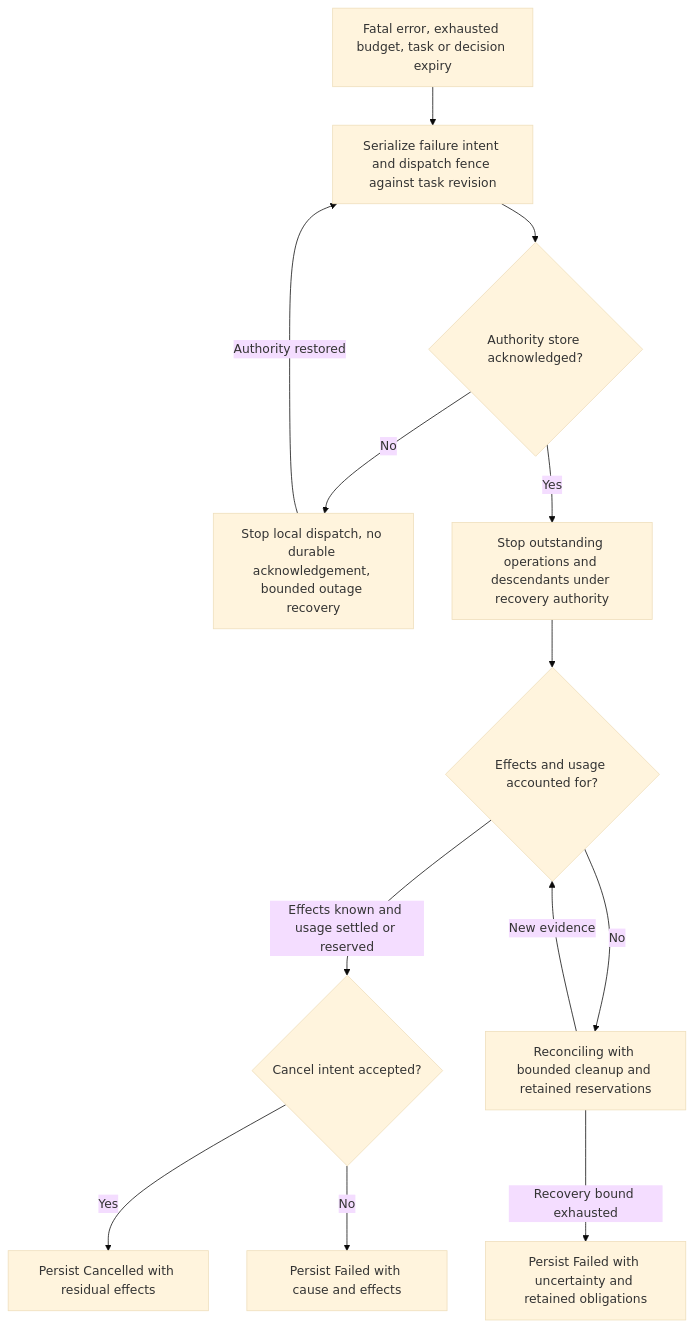
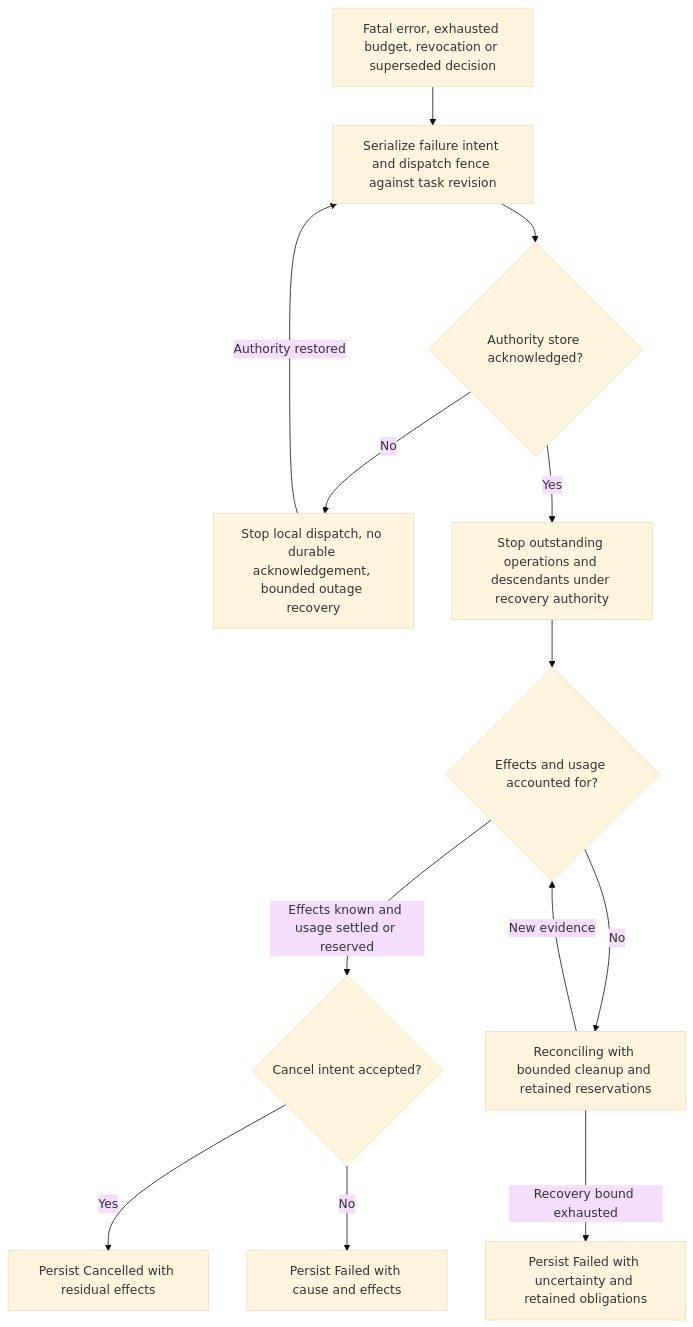
The fourth of 13 diagrams in docs/designs/core-harness-brief.md (pidster/asura), drawn with Mermaid (base theme) before and after one commit. The commit also changed other lines of this file and 80 other files, not shown here.

````diff
--- a/docs/designs/core-harness-brief.md
+++ b/docs/designs/core-harness-brief.md
@@ -186,15 +194,15 @@
 ```mermaid
 flowchart TD
-    Trigger["Fatal error, exhausted budget, task or decision expiry"] --> Fence["Serialize failure intent and dispatch fence against task revision"]
+    Trigger["Fatal error, exhausted budget, revocation or superseded decision"] --> Fence["Serialize failure intent and dispatch fence against task revision"]
     Fence --> Durable{"Authority store acknowledged?"}
     Durable -->|No| Outage["Stop local dispatch, no durable acknowledgement, bounded outage recovery"]
     Outage -->|Authority restored| Fence
     Durable -->|Yes| Stop["Stop outstanding operations and descendants under recovery authority"]
     Stop --> Known{"Effects and usage accounted for?"}
     Known -->|Effects known and usage settled or reserved| Intent{"Cancel intent accepted?"}
     Intent -->|Yes| Cancelled["Persist Cancelled with residual effects"]
     Intent -->|No| Failed["Persist Failed with cause and effects"]
     Known -->|No| Recover["Reconciling with bounded cleanup and retained reservations"]
     Recover -->|New evidence| Known
     Recover -->|Recovery bound exhausted| Unknown["Persist Failed with uncertainty and retained obligations"]
 ```
````
